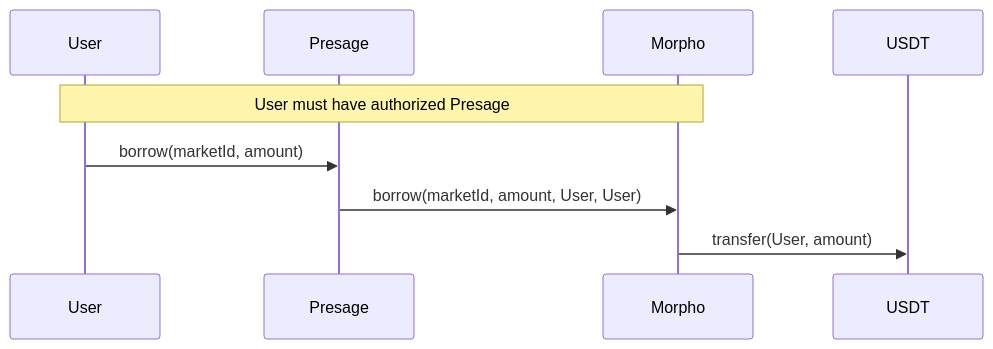
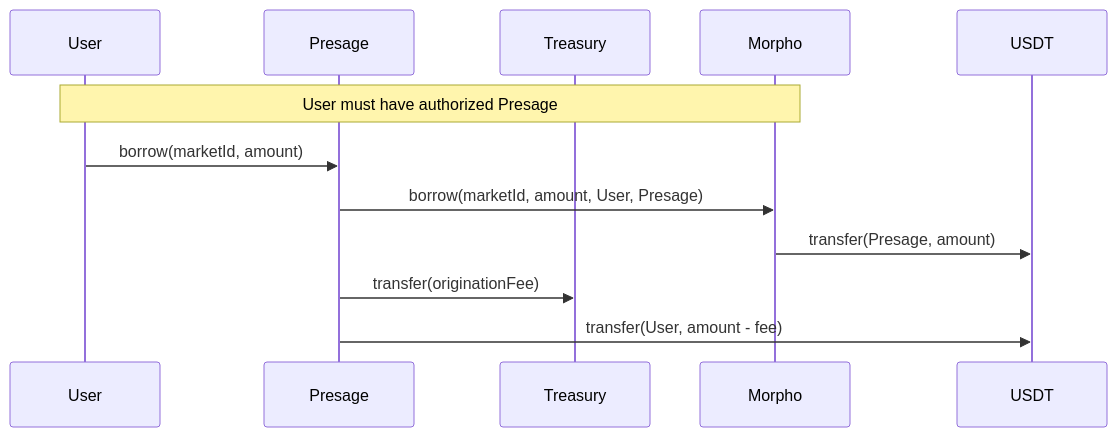
Before and after one commit to Husienvora/Presage: the fourth of 6 diagrams in docs/architecture.md, drawn with Mermaid. The commit also changed other lines of this file and 12 other files, not shown here.

````diff
--- a/docs/architecture.md
+++ b/docs/architecture.md
@@ -152,12 +152,15 @@
 ```mermaid
 sequenceDiagram
     participant User
     participant Presage
+    participant Treasury
     participant Morpho
     participant USDT
 
     Note over User, Morpho: User must have authorized Presage
     User->>Presage: borrow(marketId, amount)
-    Presage->>Morpho: borrow(marketId, amount, User, User)
-    Morpho->>USDT: transfer(User, amount)
+    Presage->>Morpho: borrow(marketId, amount, User, Presage)
+    Morpho->>USDT: transfer(Presage, amount)
+    Presage->>Treasury: transfer(originationFee)
+    Presage->>USDT: transfer(User, amount - fee)
 ```
````
